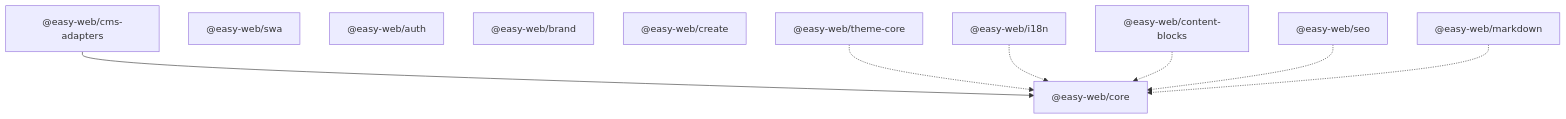
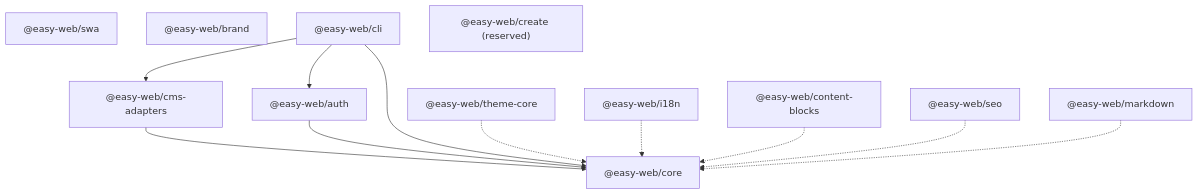
One commit to achimismaili/easy-web changed the first of 2 diagrams in apps/docs/src/content/docs/architecture/index.mdx. Above: the diagram before and after it, drawn with Mermaid. The commit also changed other lines of this file and 19 other files, not shown here.

Commit message:
docs: publish easy-web technology map

````diff
--- a/apps/docs/src/content/docs/architecture/index.mdx
+++ b/apps/docs/src/content/docs/architecture/index.mdx
@@ -33,21 +35,26 @@
 ```mermaid
 graph TD
     CORE["@easy-web/core"]
     CMS["@easy-web/cms-adapters"]
     SWA["@easy-web/swa"]
     AUTH["@easy-web/auth"]
     BRAND["@easy-web/brand"]
-    CLI["@easy-web/create"]
+    CLI["@easy-web/cli"]
+    CREATE["@easy-web/create (reserved)"]
     TC["@easy-web/theme-core"]
     I18N["@easy-web/i18n"]
     CB["@easy-web/content-blocks"]
     SEO["@easy-web/seo"]
     MD["@easy-web/markdown"]
 
     CMS --> CORE
+    AUTH --> CORE
+    CLI --> CORE
+    CLI --> CMS
+    CLI --> AUTH
     TC -.-> CORE
     I18N -.-> CORE
     CB -.-> CORE
     SEO -.-> CORE
     MD -.-> CORE
 ```
````
